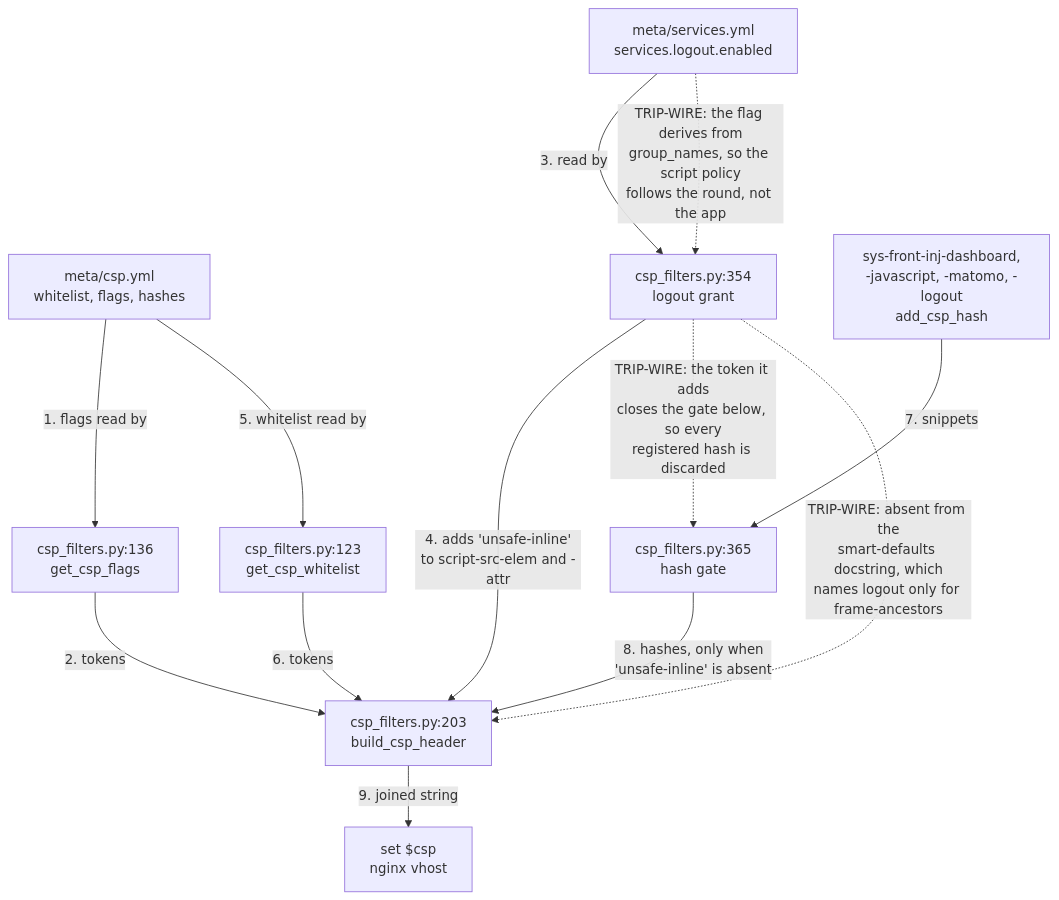
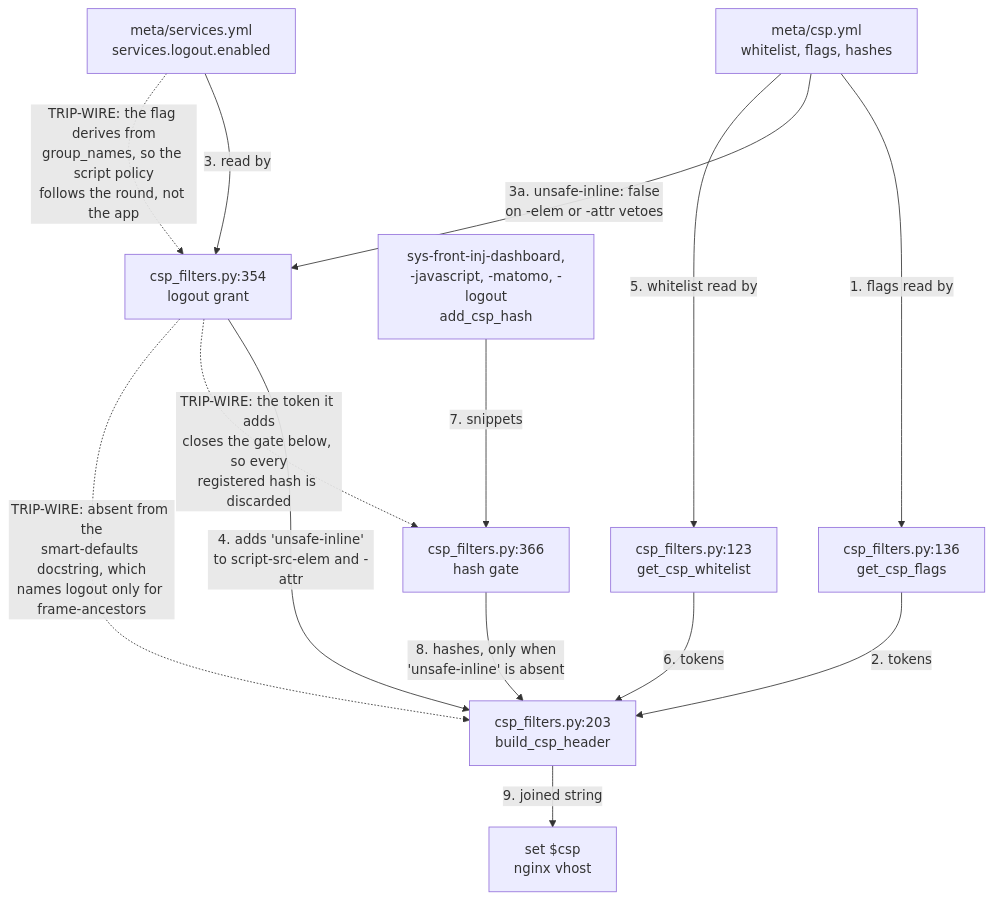
One commit to AlejandroRomanIbanez/infinito-nexus changed the diagram in plugins/filter/README.md. Above: the diagram before and after it, drawn with Mermaid. The commit also changed other lines of this file and 4 other files, not shown here.

````diff
--- a/plugins/filter/README.md
+++ b/plugins/filter/README.md
@@ -28,26 +28,27 @@
 ```mermaid
 flowchart TD
     decl["meta/csp.yml<br/>whitelist, flags, hashes"]
     svc["meta/services.yml<br/>services.logout.enabled"]
     flags["csp_filters.py:136<br/>get_csp_flags"]
     grant["csp_filters.py:354<br/>logout grant"]
     wl["csp_filters.py:123<br/>get_csp_whitelist"]
     inj["sys-front-inj-dashboard,<br/>-javascript, -matomo, -logout<br/>add_csp_hash"]
-    gate["csp_filters.py:365<br/>hash gate"]
+    gate["csp_filters.py:366<br/>hash gate"]
     build["csp_filters.py:203<br/>build_csp_header"]
     header["set $csp<br/>nginx vhost"]
 
     decl -->|"1. flags read by"| flags
     flags -->|"2. tokens"| build
     svc -->|"3. read by"| grant
+    decl -->|"3a. unsafe-inline: false<br/>on -elem or -attr vetoes"| grant
     grant -->|"4. adds 'unsafe-inline'<br/>to script-src-elem and -attr"| build
     decl -->|"5. whitelist read by"| wl
     wl -->|"6. tokens"| build
     inj -->|"7. snippets"| gate
     gate -->|"8. hashes, only when<br/>'unsafe-inline' is absent"| build
     build -->|"9. joined string"| header
 
     grant -.->|"TRIP-WIRE: the token it adds<br/>closes the gate below, so every<br/>registered hash is discarded"| gate
     svc -.->|"TRIP-WIRE: the flag derives from<br/>group_names, so the script policy<br/>follows the round, not the app"| grant
     grant -.->|"TRIP-WIRE: absent from the<br/>smart-defaults docstring, which<br/>names logout only for frame-ancestors"| build
 ```
````
